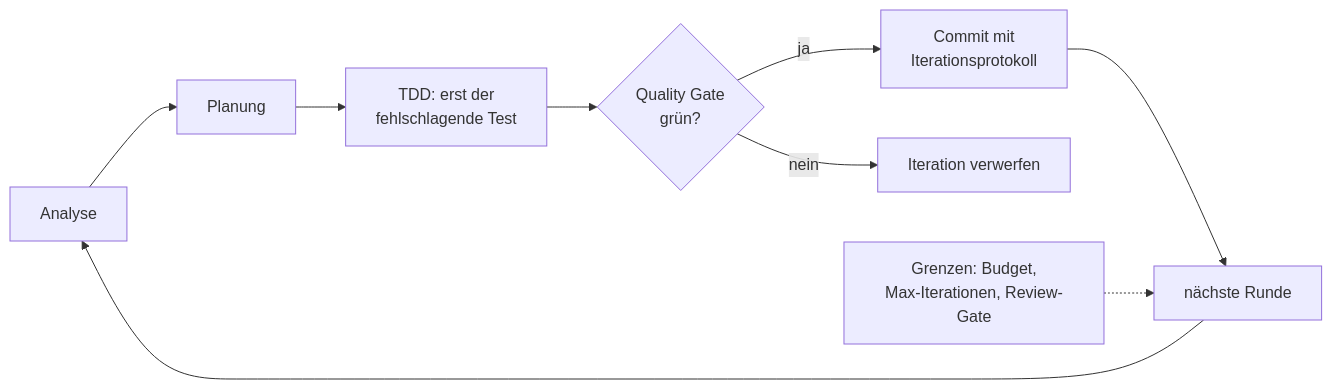
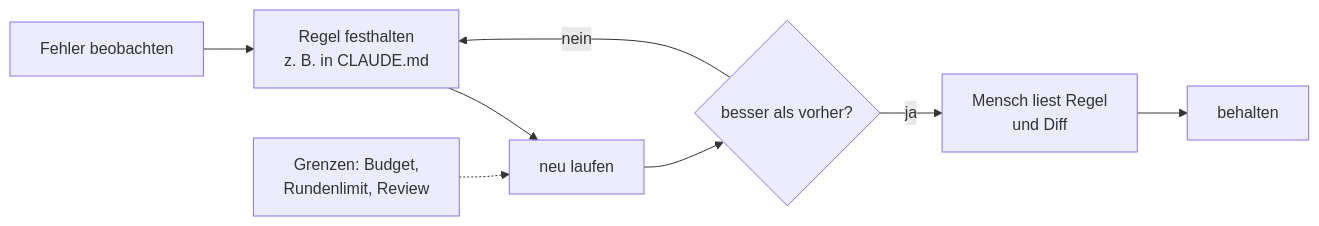
One commit to dynamic-dome/dynamic-workshop changed the diagram in resources/library/s3-14-self-improve-loop.md. Above: the diagram before and after it, drawn with Mermaid. The commit also changed other lines of this file, not shown here.

````diff
--- a/resources/library/s3-14-self-improve-loop.md
+++ b/resources/library/s3-14-self-improve-loop.md
@@ -39,11 +39,10 @@
 ```mermaid
 flowchart LR
-  A["Analyse"] --> P["Planung"]
-  P --> T["TDD: erst der<br/>fehlschlagende Test"]
-  T --> Q{"Quality Gate<br/>grün?"}
-  Q -- "ja" --> C["Commit mit<br/>Iterationsprotokoll"]
-  Q -- "nein" --> V["Iteration verwerfen"]
-  C --> N["nächste Runde"]
-  N --> A
-  G["Grenzen: Budget,<br/>Max-Iterationen, Review-Gate"] -.-> N
+  F["Fehler beobachten"] --> R["Regel festhalten<br/>z. B. in CLAUDE.md"]
+  R --> N["neu laufen"]
+  N --> V{"besser als vorher?"}
+  V -- "ja" --> M["Mensch liest Regel<br/>und Diff"]
+  V -- "nein" --> R
+  M --> K["behalten"]
+  G["Grenzen: Budget,<br/>Rundenlimit, Review"] -.-> N
 ```
````
